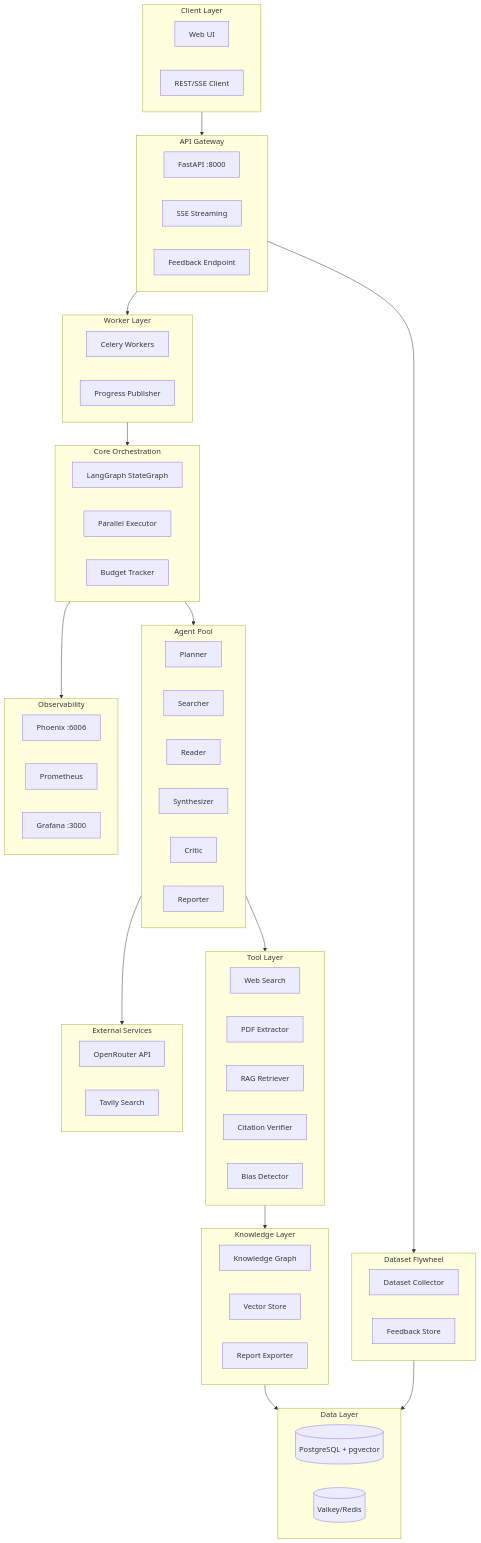
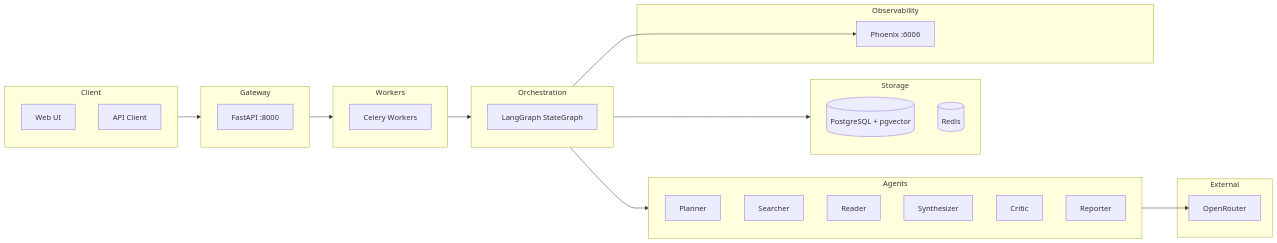
Before and after one commit to satyamaix/DeepResearchX: the diagram in README.md, drawn with Mermaid. The commit also changed other lines of this file, not shown here.

````diff
--- a/README.md
+++ b/README.md
@@ -265,80 +56,46 @@
 ```mermaid
-flowchart TB
-    subgraph Clients["Client Layer"]
-        WebUI["Web UI"]
-        API_Client["REST/SSE Client"]
+flowchart LR
+    subgraph Client
+        UI[Web UI]
+        API_C[API Client]
     end
 
-    subgraph Gateway["API Gateway"]
-        FastAPI["FastAPI :8000"]
-        SSE["SSE Streaming"]
-        Feedback["Feedback Endpoint"]
+    subgraph Gateway
+        FastAPI[FastAPI :8000]
     end
 
-    subgraph Workers["Worker Layer"]
-        Celery["Celery Workers"]
-        Progress["Progress Publisher"]
+    subgraph Workers
+        Celery[Celery Workers]
     end
 
-    subgraph Core["Core Orchestration"]
-        LangGraph["LangGraph StateGraph"]
-        ParallelExec["Parallel Executor"]
-        Budget["Budget Tracker"]
+    subgraph Orchestration
+        LG[LangGraph StateGraph]
     end
 
-    subgraph Agents["Agent Pool"]
-        Planner["Planner"]
-        Searcher["Searcher"]
-        Reader["Reader"]
-        Synthesizer["Synthesizer"]
-        Critic["Critic"]
-        Reporter["Reporter"]
+    subgraph Agents
+        P[Planner]
+        S[Searcher]
+        R[Reader]
+        Sy[Synthesizer]
+        C[Critic]
+        Re[Reporter]
     end
 
-    subgraph Tools["Tool Layer"]
-        Search["Web Search"]
-        PDF["PDF Extractor"]
-        RAG["RAG Retriever"]
-        Citation["Citation Verifier"]
-        Bias["Bias Detector"]
+    subgraph Storage
+        PG[(PostgreSQL + pgvector)]
+        Redis[(Redis)]
     end
 
-    subgraph Knowledge["Knowledge Layer"]
-        KGraph["Knowledge Graph"]
-        VectorStore["Vector Store"]
-        ReportExport["Report Exporter"]
+    subgraph External
+        OR[OpenRouter]
     end
 
-    subgraph Storage["Data Layer"]
-        Postgres[("PostgreSQL + pgvector")]
-        Redis[("Valkey/Redis")]
+    subgraph Observability
+        Phoenix[Phoenix :6006]
     end
 
-    subgraph External["External Services"]
-        OpenRouter["OpenRouter API"]
-        Tavily["Tavily Search"]
-    end
-
-    subgraph Observability["Observability"]
-        Phoenix["Phoenix :6006"]
-        Prometheus["Prometheus"]
-        Grafana["Grafana :3000"]
-    end
-
-    subgraph Flywheel["Dataset Flywheel"]
-        Collector["Dataset Collector"]
-        FeedbackStore["Feedback Store"]
-    end
-
-    Clients --> Gateway
-    Gateway --> Workers
-    Workers --> Core
-    Core --> Agents
-    Agents --> Tools
-    Tools --> Knowledge
-    Knowledge --> Storage
-    Agents --> External
-    Core --> Observability
-    Gateway --> Flywheel
-    Flywheel --> Storage
+    Client --> Gateway --> Workers --> Orchestration --> Agents
+    Agents --> OR
+    Orchestration --> Storage
+    Orchestration --> Phoenix
 ```
````
